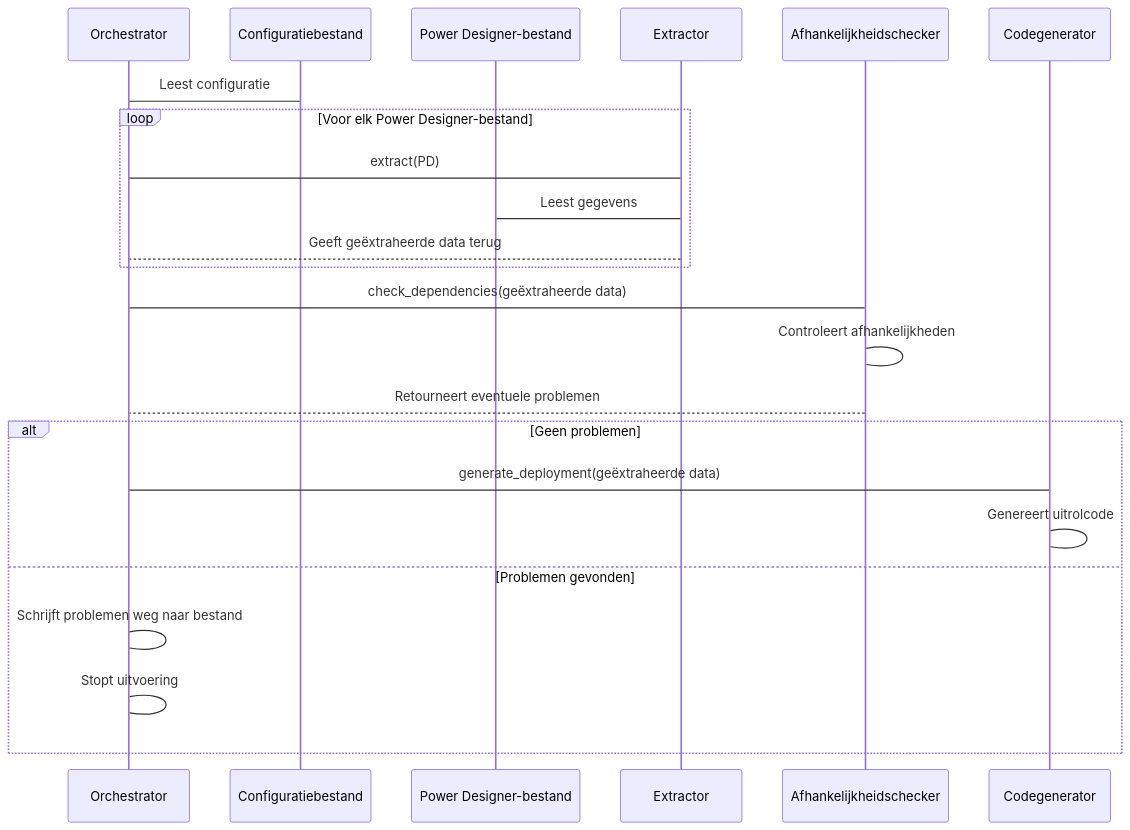
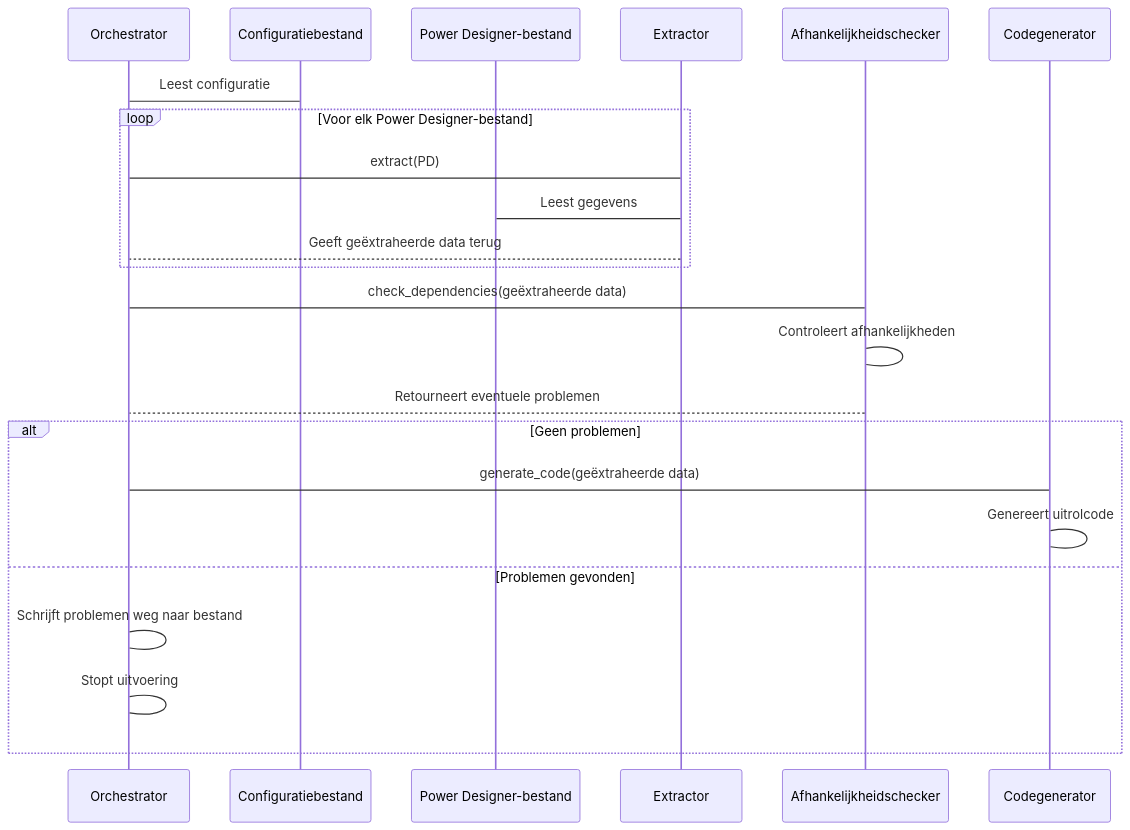
One commit to mark-me/mapping-dependencies changed the second of 4 diagrams in genesis/README.md. Above: the diagram before and after it, drawn with Mermaid.

````diff
--- a/genesis/README.md
+++ b/genesis/README.md
@@ -39,26 +39,26 @@
 ```mermaid
 sequenceDiagram
   participant G as Orchestrator
   participant CF as Configuratiebestand
   participant PD as Power Designer-bestand
   participant E as Extractor
   participant D as Afhankelijkheidschecker
   participant DG as Codegenerator
 
   G->CF: Leest configuratie
   loop Voor elk Power Designer-bestand
     G->E: extract(PD)
     E->PD: Leest gegevens
     E-->G: Geeft geëxtraheerde data terug
   end
   G->D: check_dependencies(geëxtraheerde data)
   D->D: Controleert afhankelijkheden
   D-->G: Retourneert eventuele problemen
   alt Geen problemen
-    G->DG: generate_deployment(geëxtraheerde data)
+    G->DG: generate_code(geëxtraheerde data)
     DG->DG: Genereert uitrolcode
   else Problemen gevonden
     G->G: Schrijft problemen weg naar bestand
     G->G: Stopt uitvoering
   end
 ```
````
